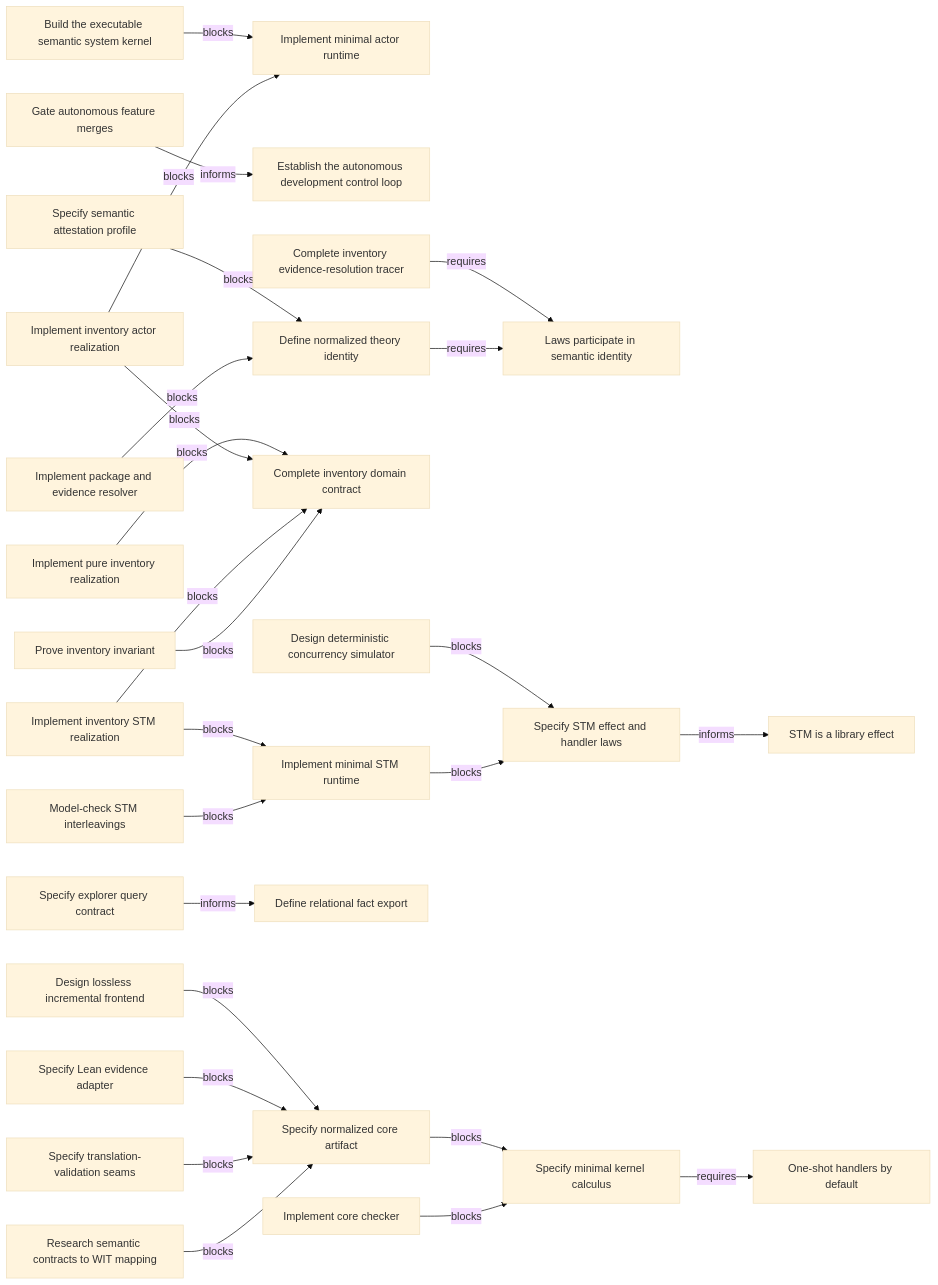
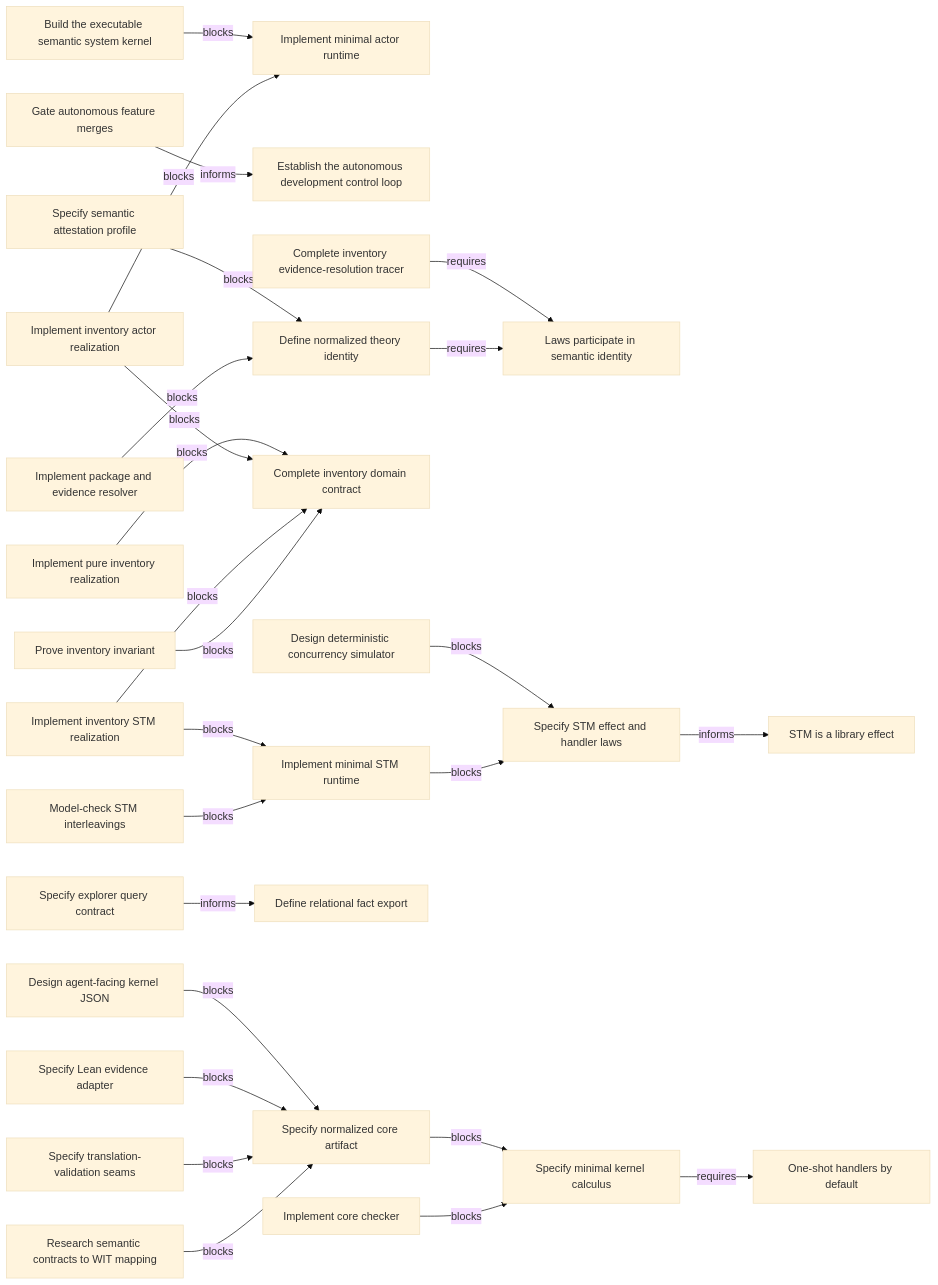
Before and after one commit to phibkro/semantic-systems: the diagram in generated/05-work-dependencies.md, drawn with Mermaid (base theme). The commit also changed 14 other files, not shown here.

First line of the commit message:
design(language): freeze agent-facing kernel JSON contract

````diff
--- a/generated/05-work-dependencies.md
+++ b/generated/05-work-dependencies.md
@@ -5,56 +5,56 @@
 ```mermaid
 flowchart LR
     decision_gated_autonomous_merges["Gate autonomous feature merges"]
     decision_one_shot["One-shot handlers by default"]
     decision_stm_library["STM is a library effect"]
     decision_theory_identity["Laws participate in semantic identity"]
     work_actor_runtime["Implement minimal actor runtime"]
     work_autonomous_development_loop["Establish the autonomous development control loop"]
     work_core_checker["Implement core checker"]
     work_deterministic_simulator_spec["Design deterministic concurrency simulator"]
     work_executable_semantic_system_kernel["Build the executable semantic system kernel"]
     work_explorer_query_contract["Specify explorer query contract"]
     work_inventory_actor["Implement inventory actor realization"]
     work_inventory_design["Complete inventory domain contract"]
     work_inventory_proof["Prove inventory invariant"]
     work_inventory_pure["Implement pure inventory realization"]
     work_inventory_resolution_tracer["Complete inventory evidence-resolution tracer"]
     work_inventory_stm["Implement inventory STM realization"]
     work_kernel_spec["Specify minimal kernel calculus"]
     work_lean_evidence_adapter["Specify Lean evidence adapter"]
-    work_lossless_frontend_spec["Design lossless incremental frontend"]
+    work_lossless_frontend_spec["Design agent-facing kernel JSON"]
     work_normalized_core_format["Specify normalized core artifact"]
     work_package_resolver["Implement package and evidence resolver"]
     work_relational_fact_schema["Define relational fact export"]
     work_semantic_attestation_profile["Specify semantic attestation profile"]
     work_stm_laws["Specify STM effect and handler laws"]
     work_stm_model_check["Model-check STM interleavings"]
     work_stm_runtime["Implement minimal STM runtime"]
     work_theory_identity["Define normalized theory identity"]
     work_translation_validation_spec["Specify translation-validation seams"]
     work_wasm_contract_mapping["Research semantic contracts to WIT mapping"]
     decision_gated_autonomous_merges -->|informs| work_autonomous_development_loop
     work_executable_semantic_system_kernel -->|blocks| work_actor_runtime
     work_inventory_resolution_tracer -->|requires| decision_theory_identity
     work_normalized_core_format -->|blocks| work_kernel_spec
     work_lossless_frontend_spec -->|blocks| work_normalized_core_format
     work_lean_evidence_adapter -->|blocks| work_normalized_core_format
     work_translation_validation_spec -->|blocks| work_normalized_core_format
     work_semantic_attestation_profile -->|blocks| work_theory_identity
     work_wasm_contract_mapping -->|blocks| work_normalized_core_format
     work_deterministic_simulator_spec -->|blocks| work_stm_laws
     work_explorer_query_contract -->|informs| work_relational_fact_schema
     work_core_checker -->|blocks| work_kernel_spec
     work_kernel_spec -->|requires| decision_one_shot
     work_theory_identity -->|requires| decision_theory_identity
     work_package_resolver -->|blocks| work_theory_identity
     work_inventory_pure -->|blocks| work_inventory_design
     work_inventory_actor -->|blocks| work_inventory_design
     work_inventory_actor -->|blocks| work_actor_runtime
     work_stm_laws -->|informs| decision_stm_library
     work_stm_runtime -->|blocks| work_stm_laws
     work_inventory_stm -->|blocks| work_inventory_design
     work_inventory_stm -->|blocks| work_stm_runtime
     work_inventory_proof -->|blocks| work_inventory_design
     work_stm_model_check -->|blocks| work_stm_runtime
 ```
````
